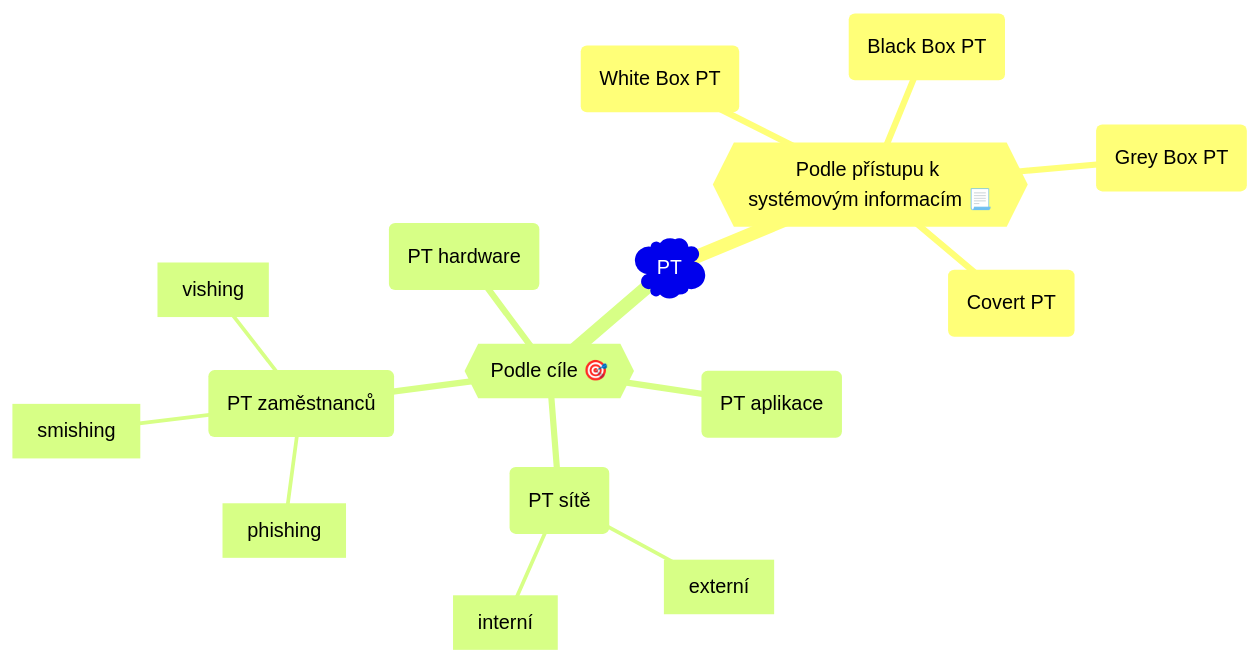
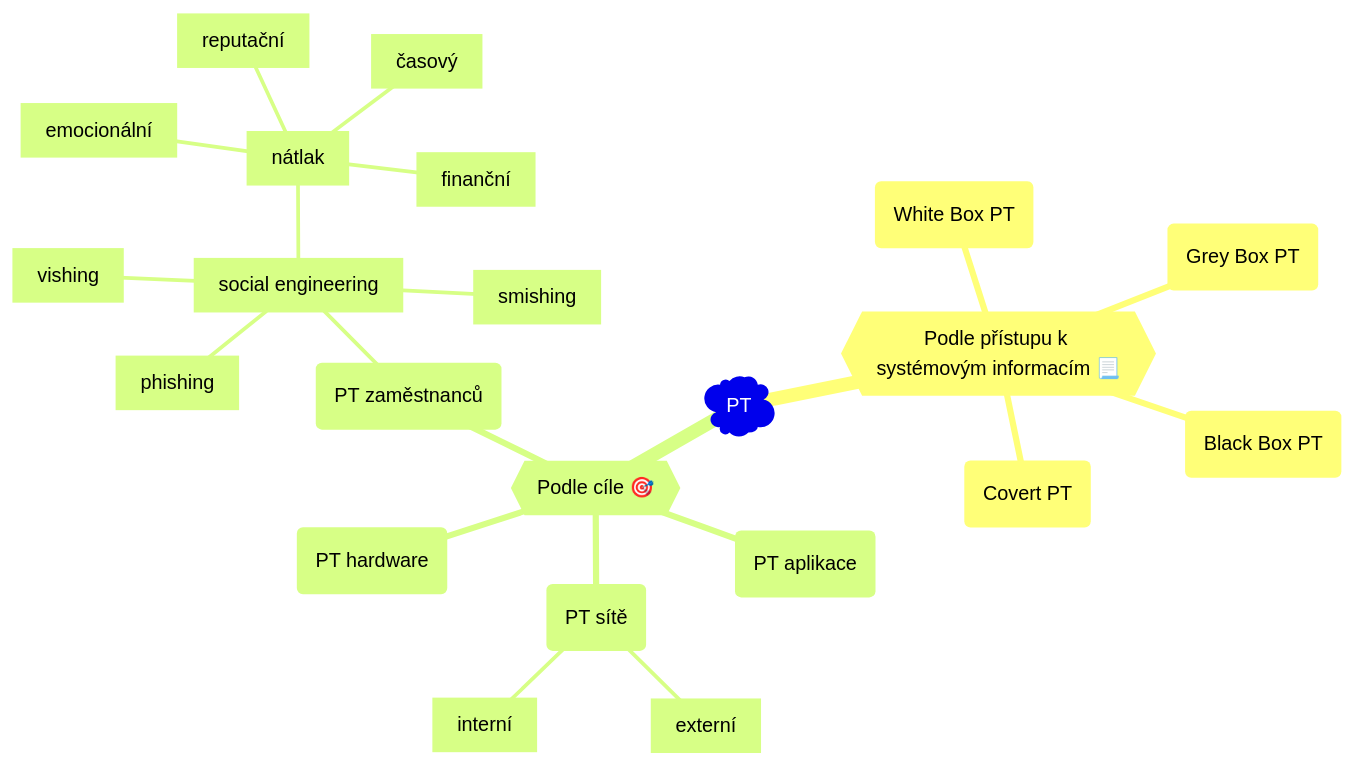
Before and after one commit to matejfric/mdbook: diagram 19 of 19 in src/it/software_engineering.md, drawn with Mermaid. The commit also changed other lines of this file and 1 other file, not shown here.

````diff
--- a/src/it/software_engineering.md
+++ b/src/it/software_engineering.md
@@ -999,19 +1052,25 @@
 ```mermaid
 mindmap
   root )PT)
     {{Podle přístupu k systémovým informacím 📃}}
         (White Box PT)
         (Black Box PT)
         (Grey Box PT)
         (Covert PT)
     {{"Podle cíle 🎯"}}
         (PT aplikace)
         (PT sítě)
             [externí]
             [interní]
         (PT hardware)
         (PT zaměstnanců)
-            [phishing]
-            [vishing]
-            [smishing]
+            [social engineering]
+                [phishing]
+                [vishing]
+                [smishing]
+                [nátlak]
+                    [časový]
+                    [finanční]
+                    [reputační]
+                    [emocionální]
 ```
````
